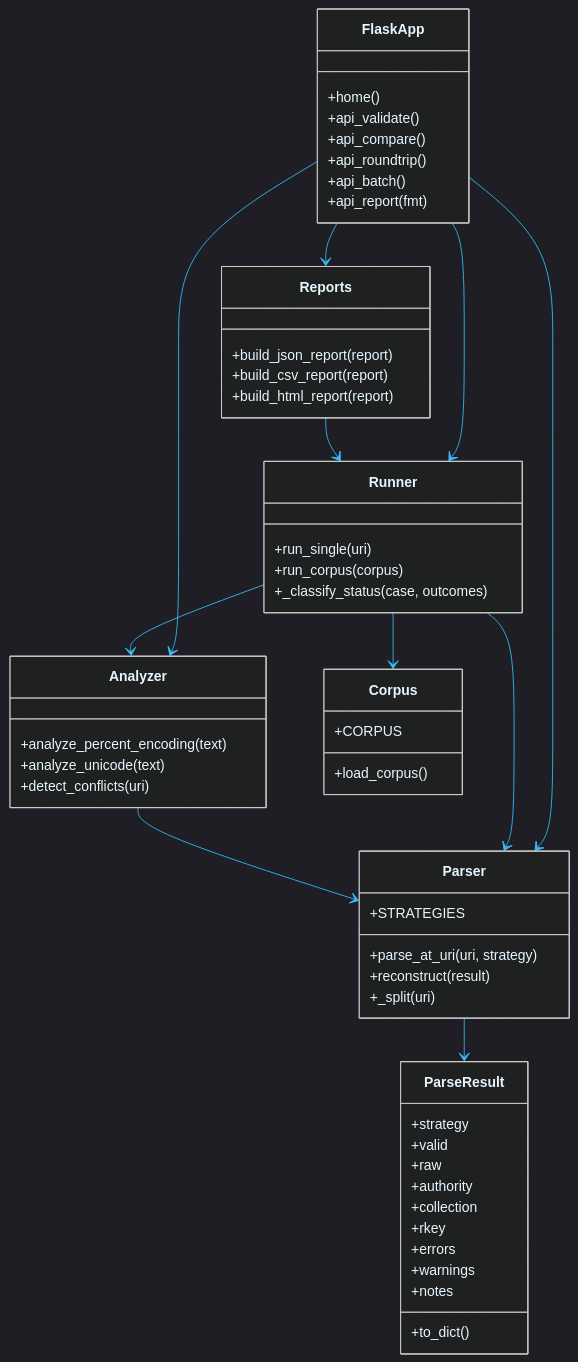
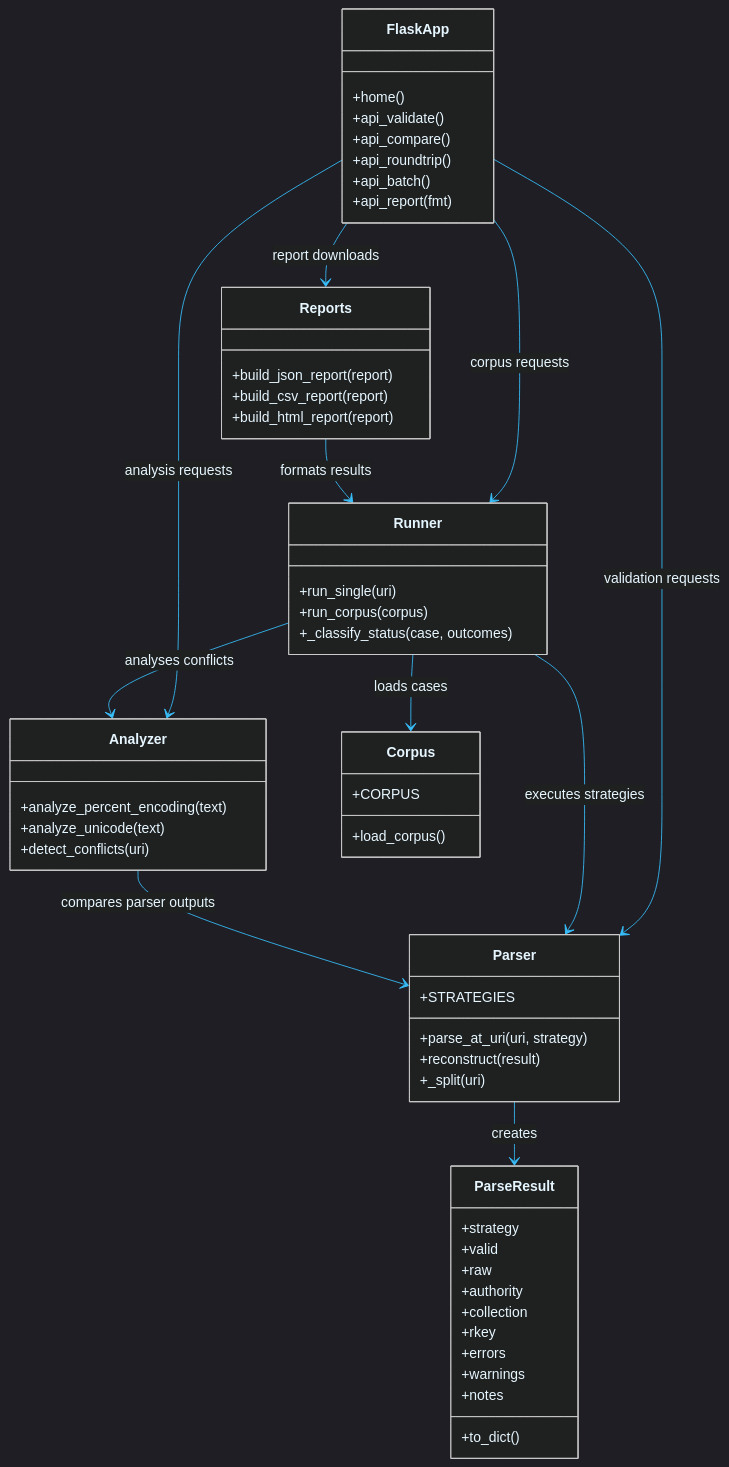
One commit to aiori-hackathon/A3-PS026-TC073 changed the tenth of 15 diagrams in README.md. Above: the diagram before and after it, drawn with Mermaid. The commit also changed other lines of this file, not shown here.

````diff
--- a/README.md
+++ b/README.md
@@ -1182,66 +1182,68 @@
 ```mermaid
 %%{init: {'theme':'dark','themeVariables': {'darkMode': true,'background':'#07111F','primaryColor':'#102A43','primaryTextColor':'#E6F6FF','primaryBorderColor':'#22D3EE','lineColor':'#38BDF8','secondaryColor':'#0B2238','tertiaryColor':'#123B63','fontFamily':'ui-monospace, SFMono-Regular, Consolas, monospace'}}}%%
 classDiagram
+    direction TB
     class ParseResult {
         +strategy
         +valid
         +raw
         +authority
         +collection
         +rkey
         +errors
         +warnings
         +notes
         +to_dict()
     }
 
     class Parser {
         +STRATEGIES
         +parse_at_uri(uri, strategy)
         +reconstruct(result)
         +_split(uri)
     }
 
     class Analyzer {
         +analyze_percent_encoding(text)
         +analyze_unicode(text)
         +detect_conflicts(uri)
     }
 
     class Corpus {
         +CORPUS
         +load_corpus()
     }
 
     class Runner {
         +run_single(uri)
         +run_corpus(corpus)
         +_classify_status(case, outcomes)
     }
 
     class Reports {
         +build_json_report(report)
         +build_csv_report(report)
         +build_html_report(report)
     }
 
     class FlaskApp {
         +home()
         +api_validate()
         +api_compare()
         +api_roundtrip()
         +api_batch()
         +api_report(fmt)
     }
 
-    Parser --> ParseResult
-    Analyzer --> Parser
-    Runner --> Parser
-    Runner --> Analyzer
-    Runner --> Corpus
-    Reports --> Runner
-    FlaskApp --> Parser
-    FlaskApp --> Analyzer
-    FlaskApp --> Runner
-    FlaskApp --> Reports
+    Parser --> ParseResult : creates
+    Analyzer --> Parser : compares parser outputs
+    Runner --> Parser : executes strategies
+    Runner --> Analyzer : analyses conflicts
+    Runner --> Corpus : loads cases
+    Reports --> Runner : formats results
+    FlaskApp --> Parser : validation requests
+    FlaskApp --> Analyzer : analysis requests
+    FlaskApp --> Runner : corpus requests
+    FlaskApp --> Reports : report downloads
+
 ```
````
